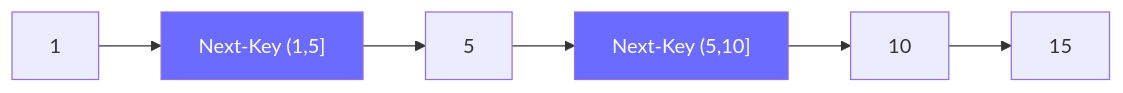
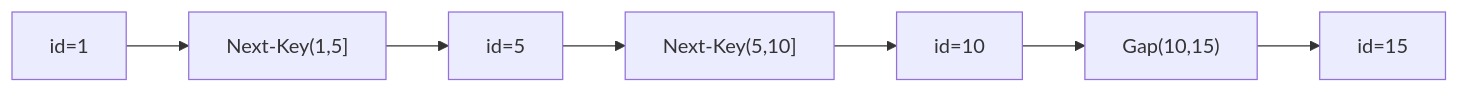
Before and after one commit to yjkim2015/yjkim2015.github.io: the second of 3 diagrams in _posts/db/2026-05-03-db-transaction-isolation.md, drawn with Mermaid. The commit also changed other lines of this file and 4 other files, not shown here.

````diff
--- a/_posts/db/2026-05-03-db-transaction-isolation.md
+++ b/_posts/db/2026-05-03-db-transaction-isolation.md
@@ -278,6 +659,6 @@
 ```mermaid
 graph LR
-    R1[1] --> NKL1["Next-Key (1,5]"] --> R5[5] --> NKL2["Next-Key (5,10]"] --> R10[10] --> R15[15]
-    style NKL1 fill:#6b6bff,color:#fff
-    style NKL2 fill:#6b6bff,color:#fff
+    R1["id=1"] --> NK1["Next-Key(1,5]"] --> R5["id=5"]
+    R5 --> NK2["Next-Key(5,10]"] --> R10["id=10"]
+    R10 --> G1["Gap(10,15)"] --> R15["id=15"]
 ```
````
